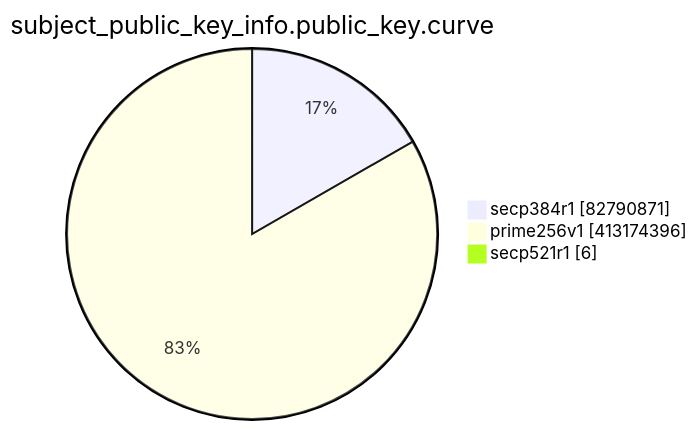
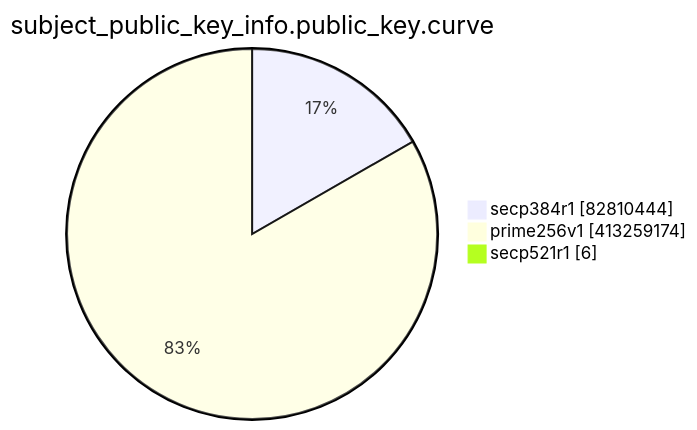
Before and after one commit to christiankrug/ctmonitor_visualization: the eighth of 15 diagrams in TOTAL/README.md, drawn with Mermaid. The commit also changed other lines of this file, not shown here.

````diff
--- a/TOTAL/README.md
+++ b/TOTAL/README.md
@@ -3098,7 +3098,7 @@
 ```mermaid
 pie showData
 title subject_public_key_info.public_key.curve
-"secp384r1" :82790871
-"prime256v1" :413174396
+"secp384r1" :82810444
+"prime256v1" :413259174
 "secp521r1" :6
 ```
````
